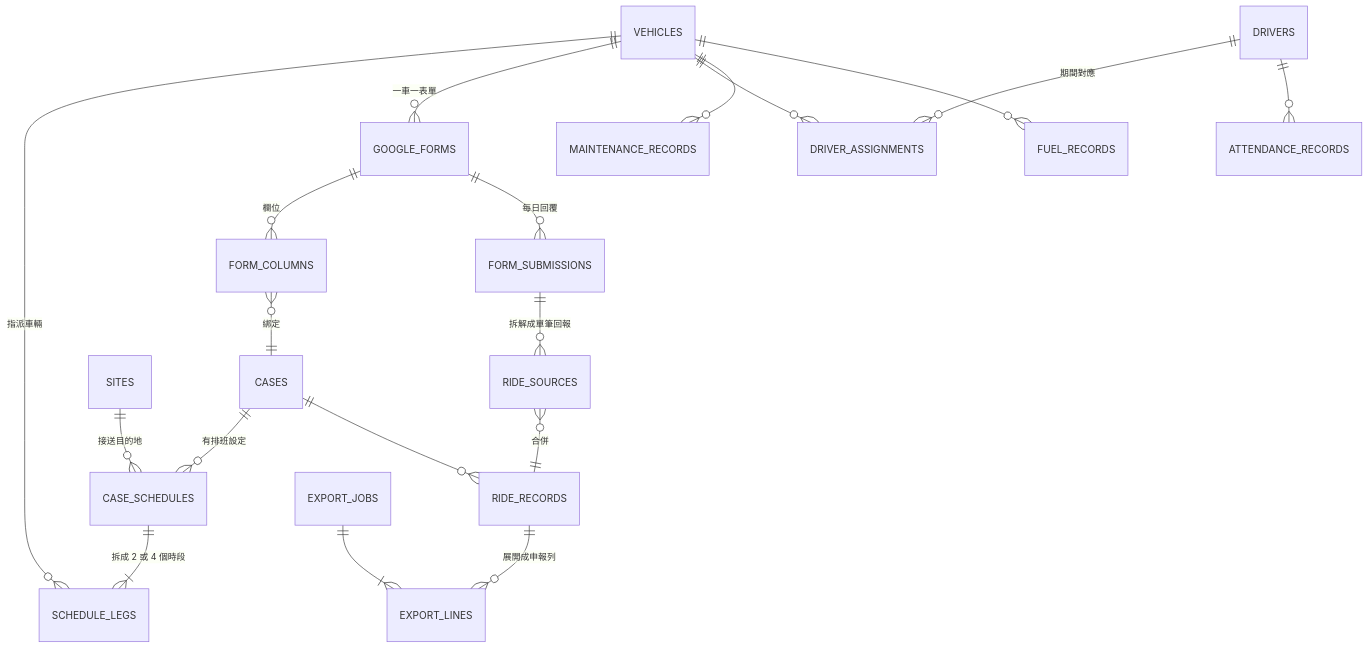
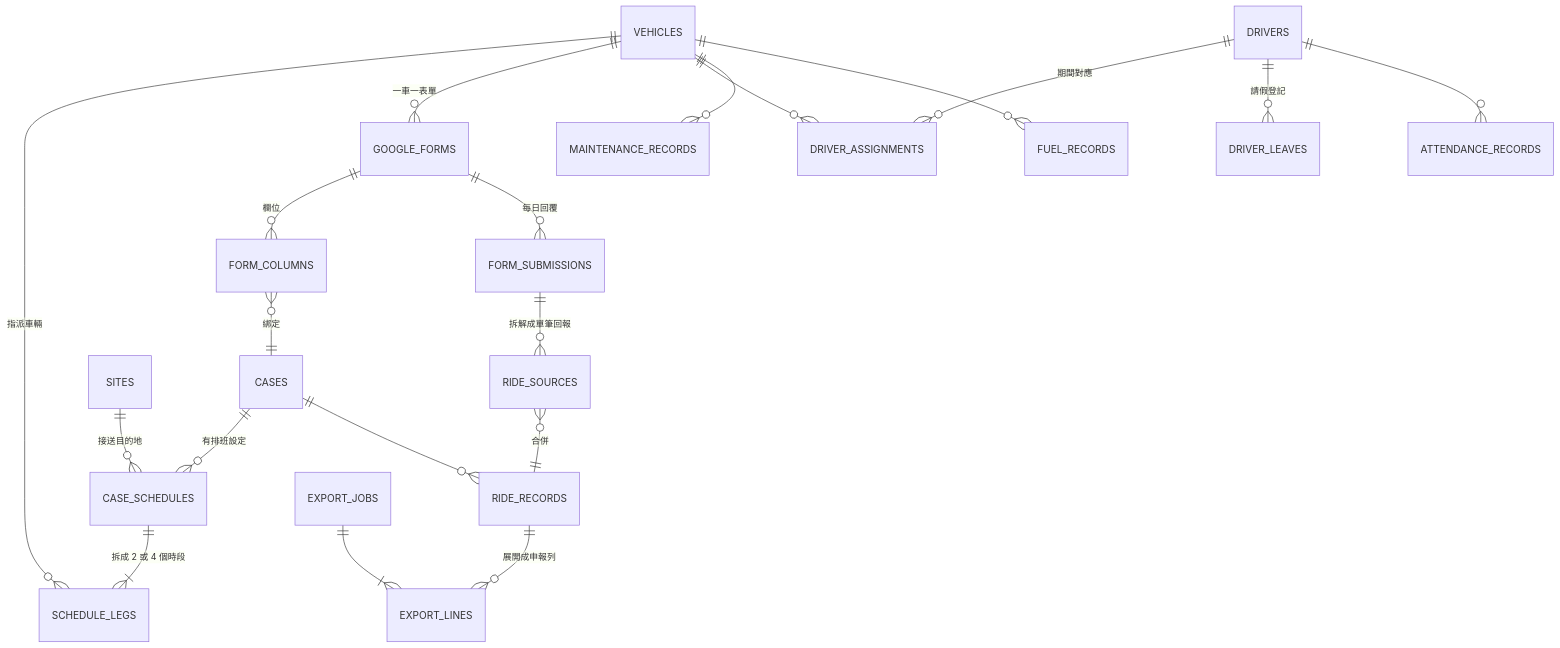
The diagram in docs/03-資料模型與API設計.md (LTCF-Job/ltc-system), drawn with Mermaid before and after one commit. The commit also changed other lines of this file and 6 other files, not shown here.

````diff
--- a/docs/03-資料模型與API設計.md
+++ b/docs/03-資料模型與API設計.md
@@ -10,21 +10,22 @@
 ```mermaid
 erDiagram
     CASES ||--o{ CASE_SCHEDULES : "有排班設定"
     CASE_SCHEDULES ||--|{ SCHEDULE_LEGS : "拆成 2 或 4 個時段"
     SITES ||--o{ CASE_SCHEDULES : "接送目的地"
     VEHICLES ||--o{ SCHEDULE_LEGS : "指派車輛"
     VEHICLES ||--o{ GOOGLE_FORMS : "一車一表單"
     VEHICLES ||--o{ DRIVER_ASSIGNMENTS : ""
     DRIVERS ||--o{ DRIVER_ASSIGNMENTS : "期間對應"
+    DRIVERS ||--o{ DRIVER_LEAVES : "請假登記"
     GOOGLE_FORMS ||--o{ FORM_COLUMNS : "欄位"
     GOOGLE_FORMS ||--o{ FORM_SUBMISSIONS : "每日回覆"
     FORM_COLUMNS }o--|| CASES : "綁定"
     FORM_SUBMISSIONS ||--o{ RIDE_SOURCES : "拆解成單筆回報"
     RIDE_SOURCES }o--|| RIDE_RECORDS : "合併"
     CASES ||--o{ RIDE_RECORDS : ""
     RIDE_RECORDS ||--o{ EXPORT_LINES : "展開成申報列"
     EXPORT_JOBS ||--|{ EXPORT_LINES : ""
     VEHICLES ||--o{ MAINTENANCE_RECORDS : ""
     VEHICLES ||--o{ FUEL_RECORDS : ""
     DRIVERS ||--o{ ATTENDANCE_RECORDS : ""
 ```
````
